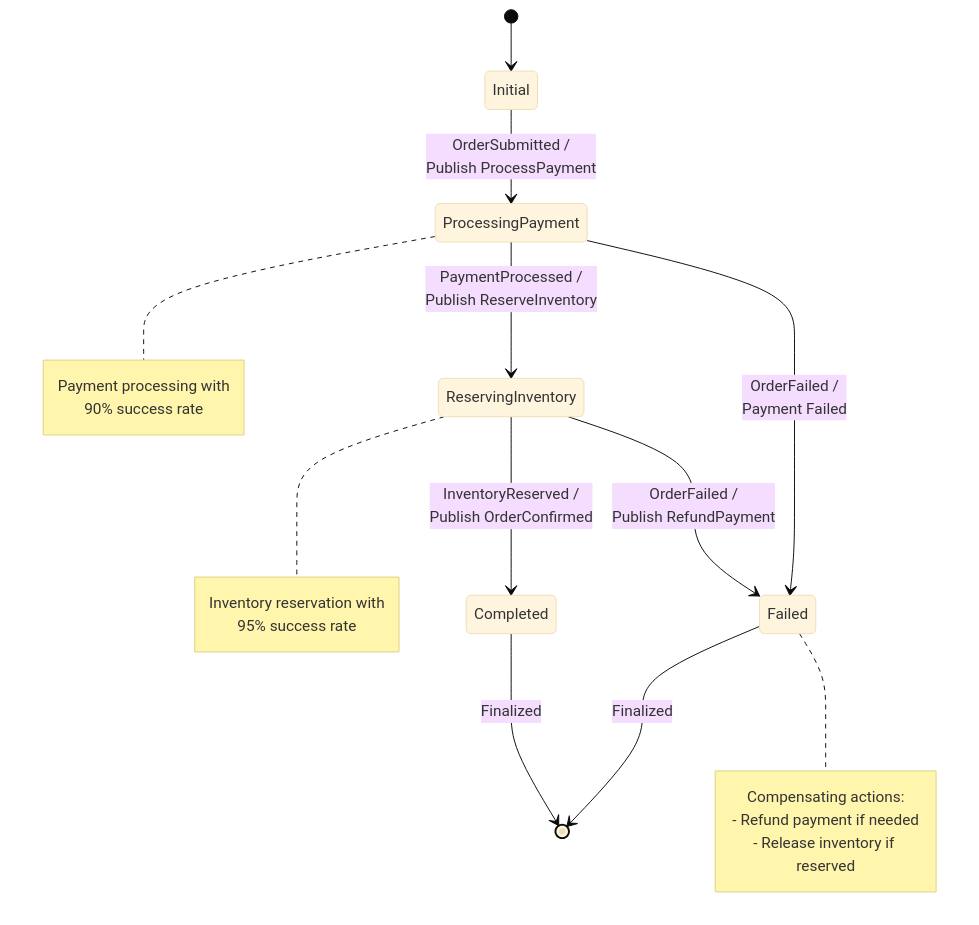
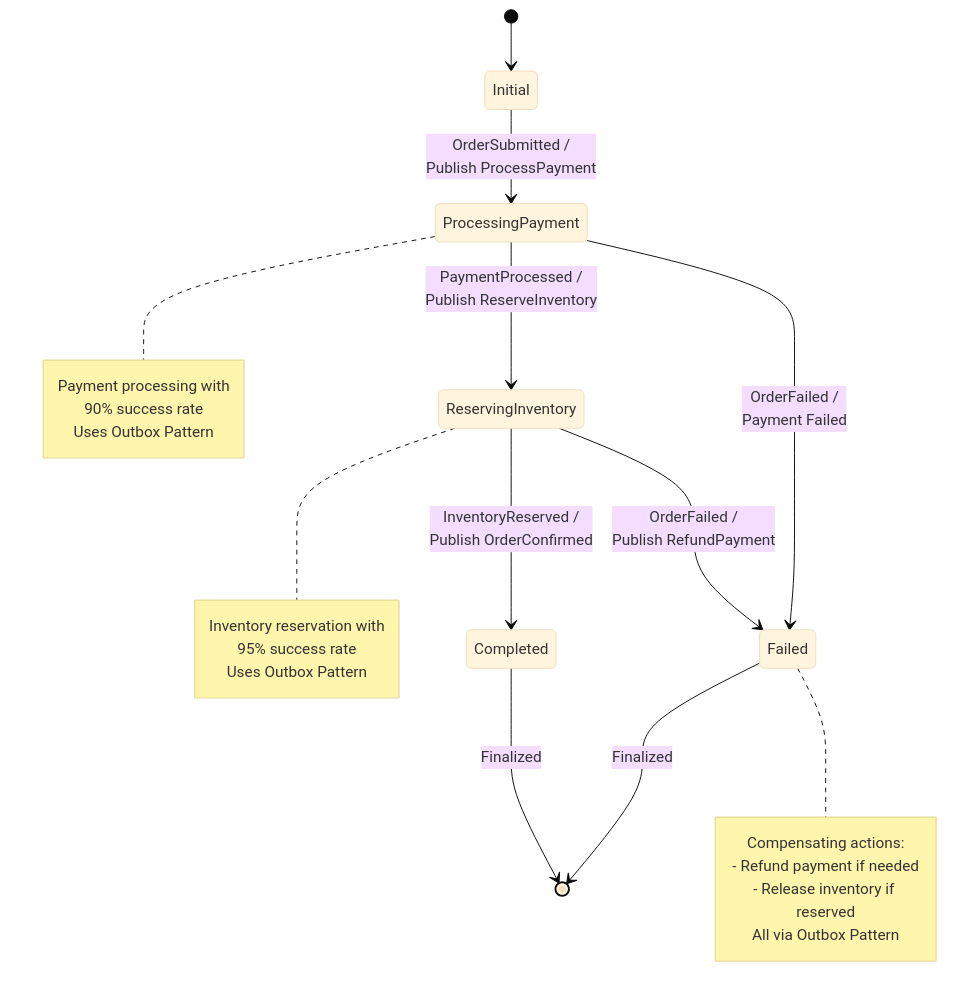
Before and after one commit to onurkanbakirci/saga-inbox-outbox: the second of 3 diagrams in README.md, drawn with Mermaid (base theme). The commit also changed other lines of this file and 34 other files, not shown here.

````diff
--- a/README.md
+++ b/README.md
@@ -37,30 +46,33 @@
 ```mermaid
 stateDiagram-v2
     [*] --> Initial
     Initial --> ProcessingPayment : OrderSubmitted /<br/>Publish ProcessPayment
     
     ProcessingPayment --> ReservingInventory : PaymentProcessed /<br/>Publish ReserveInventory
     ProcessingPayment --> Failed : OrderFailed /<br/>Payment Failed
     
     ReservingInventory --> Completed : InventoryReserved /<br/>Publish OrderConfirmed
     ReservingInventory --> Failed : OrderFailed /<br/>Publish RefundPayment
     
     Failed --> [*] : Finalized
     Completed --> [*] : Finalized
     
     note right of ProcessingPayment
         Payment processing with
         90% success rate
+        Uses Outbox Pattern
     end note
     
     note right of ReservingInventory
         Inventory reservation with
         95% success rate
+        Uses Outbox Pattern
     end note
     
     note right of Failed
         Compensating actions:
         - Refund payment if needed
         - Release inventory if reserved
+        All via Outbox Pattern
     end note
 ```
````
